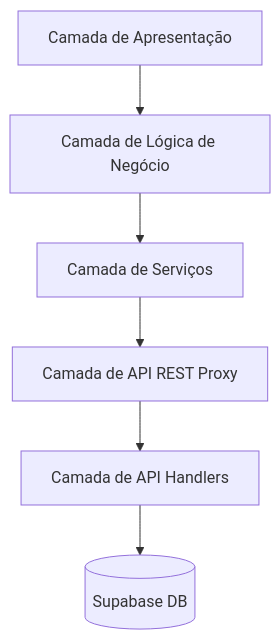
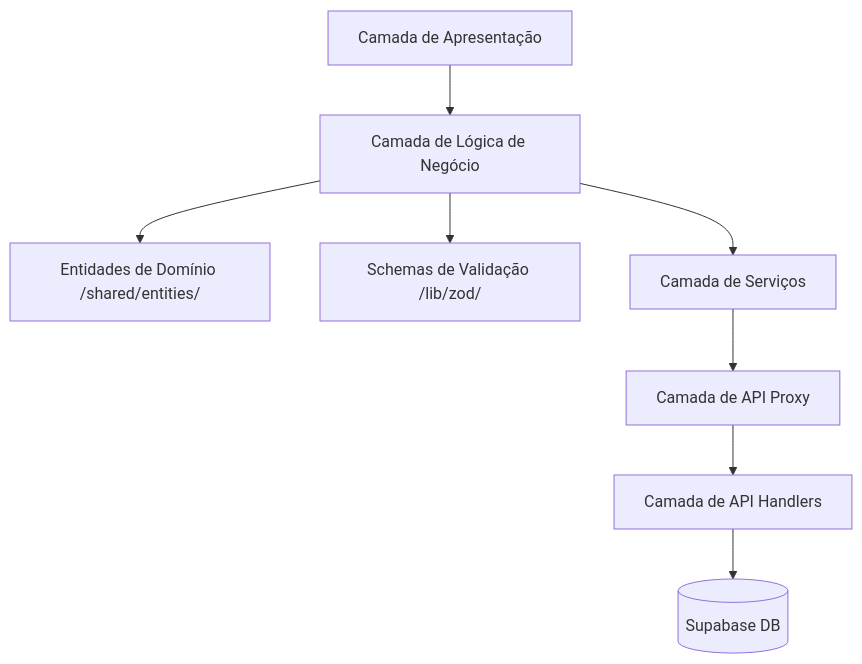
One commit to rodrigoanastacio/DA_webapp changed the diagram in docs/01-overview.md. Above: the diagram before and after it, drawn with Mermaid. The commit also changed other lines of this file and 13 other files, not shown here.

Commit message:
feat: Implement `Diagnostico` domain entity to encapsulate business logic and centralize Zod schemas in `lib/zod`.

````diff
--- a/docs/01-overview.md
+++ b/docs/01-overview.md
@@ -33,8 +33,10 @@
 ```mermaid
 graph TD
     UI[Camada de Apresentação] --> Logic[Camada de Lógica de Negócio]
+    Logic --> Entities[Entidades de Domínio /shared/entities/]
+    Logic --> Zod[Schemas de Validação /lib/zod/]
     Logic --> Services[Camada de Serviços]
-    Services --> API[Camada de API REST Proxy]
+    Services --> API[Camada de API Proxy]
     API --> Handlers[Camada de API Handlers]
     Handlers --> Supabase[(Supabase DB)]
 ```
````
